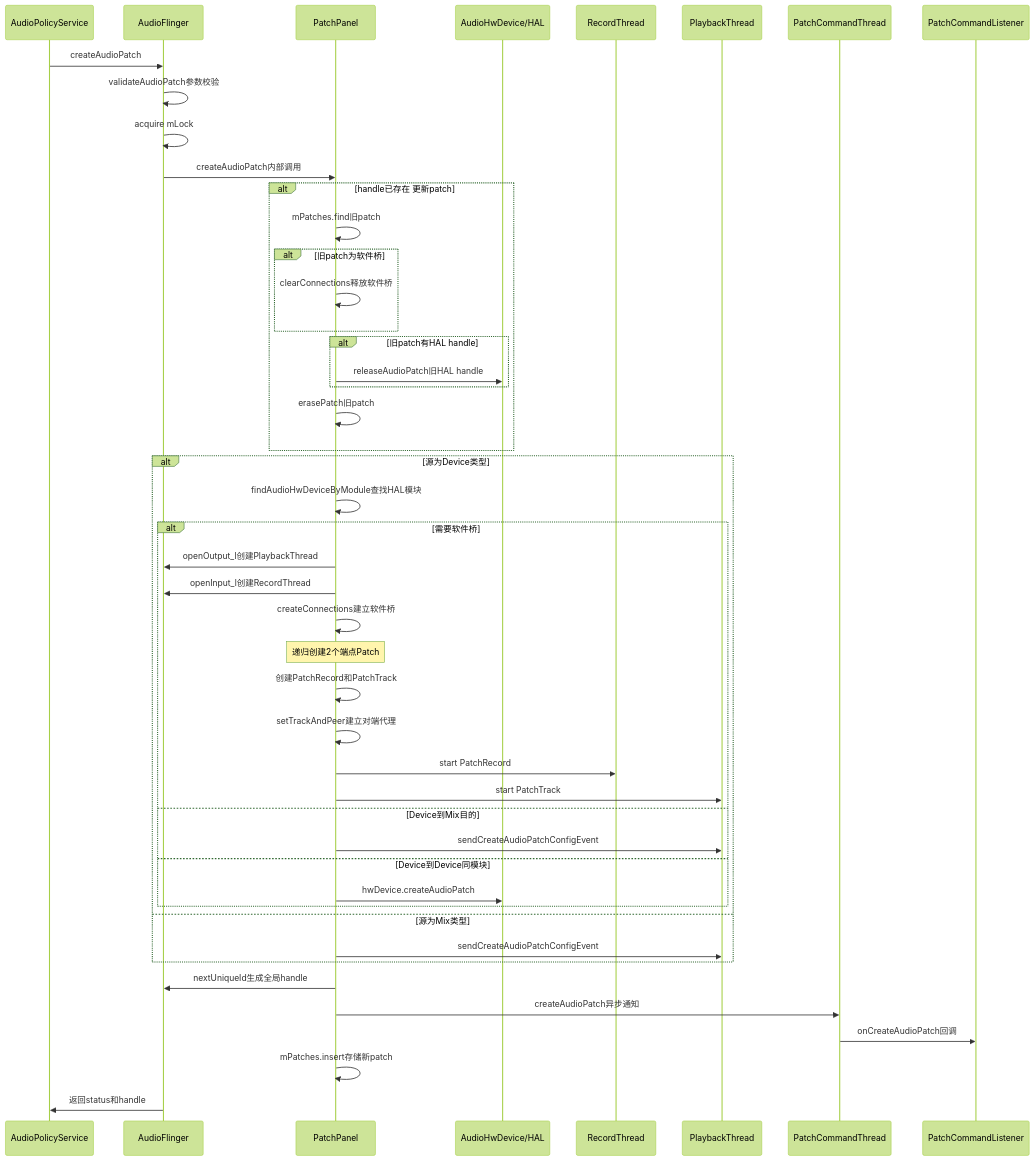
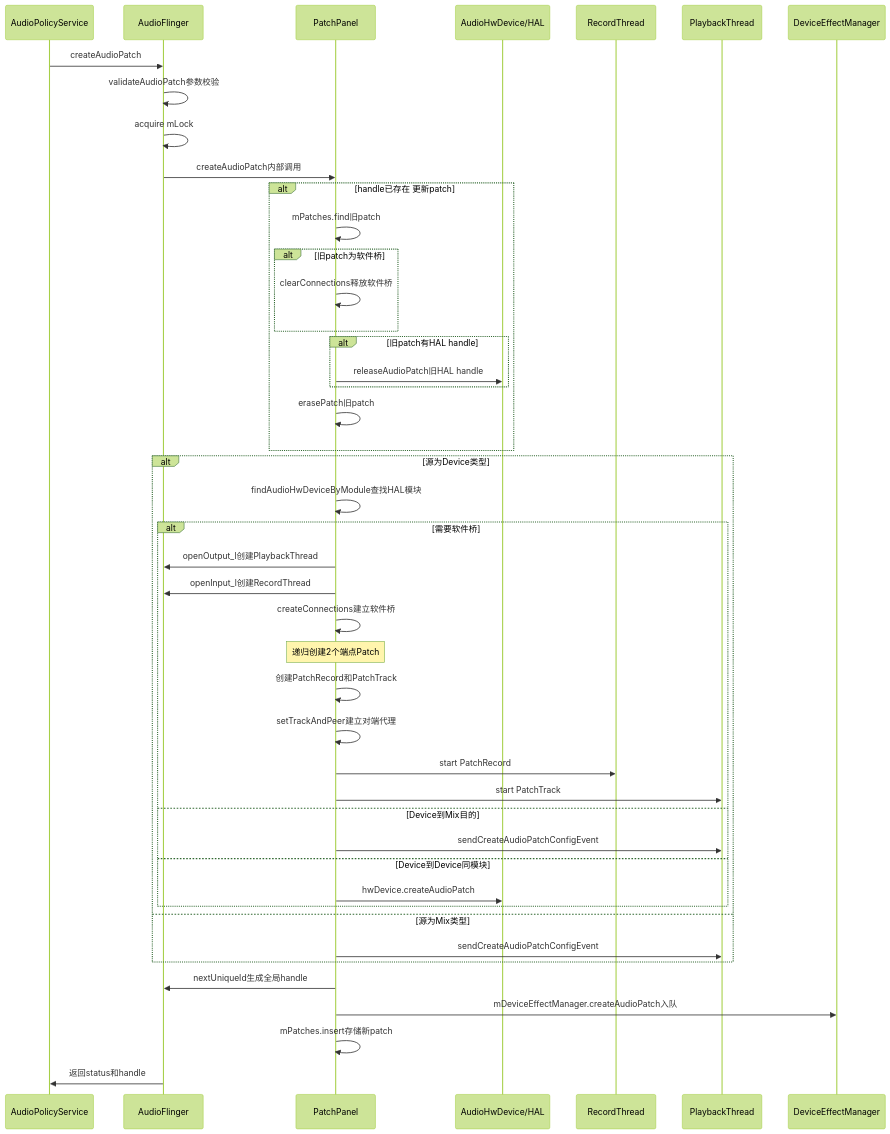
One commit to yanglinzhen1022/SA8295_AAOS_QNX_Audio_KnowledgeBase changed the third of 6 diagrams in 05_AudioFlinger/05_5.6_PatchPanel-音频路由管理.md. Above: the diagram before and after it, drawn with Mermaid (forest theme). The commit also changed other lines of this file and 12 other files, not shown here.

````diff
--- a/05_AudioFlinger/05_5.6_PatchPanel-音频路由管理.md
+++ b/05_AudioFlinger/05_5.6_PatchPanel-音频路由管理.md
@@ -316,55 +306,53 @@
 ```mermaid
 sequenceDiagram
     participant APS as AudioPolicyService
     participant AF as AudioFlinger
     participant PP as PatchPanel
     participant HW as AudioHwDevice/HAL
     participant RT as RecordThread
     participant PBT as PlaybackThread
-    participant PCT as PatchCommandThread
-    participant LST as PatchCommandListener
+    participant DEM as DeviceEffectManager
 
     APS->>AF: createAudioPatch
     AF->>AF: validateAudioPatch参数校验
     AF->>AF: acquire mLock
     AF->>PP: createAudioPatch内部调用
 
     alt handle已存在 更新patch
         PP->>PP: mPatches.find旧patch
         alt 旧patch为软件桥
             PP->>PP: clearConnections释放软件桥
         end
         alt 旧patch有HAL handle
             PP->>HW: releaseAudioPatch旧HAL handle
         end
         PP->>PP: erasePatch旧patch
     end
 
     alt 源为Device类型
         PP->>PP: findAudioHwDeviceByModule查找HAL模块
 
         alt 需要软件桥
             PP->>AF: openOutput_l创建PlaybackThread
             PP->>AF: openInput_l创建RecordThread
             PP->>PP: createConnections建立软件桥
             Note over PP: 递归创建2个端点Patch
             PP->>PP: 创建PatchRecord和PatchTrack
             PP->>PP: setTrackAndPeer建立对端代理
             PP->>RT: start PatchRecord
             PP->>PBT: start PatchTrack
         else Device到Mix目的
             PP->>PBT: sendCreateAudioPatchConfigEvent
         else Device到Device同模块
             PP->>HW: hwDevice.createAudioPatch
         end
 
     else 源为Mix类型
         PP->>PBT: sendCreateAudioPatchConfigEvent
     end
 
     PP->>AF: nextUniqueId生成全局handle
-    PP->>PCT: createAudioPatch异步通知
-    PCT->>LST: onCreateAudioPatch回调
+    PP->>DEM: mDeviceEffectManager.createAudioPatch入队
     PP->>PP: mPatches.insert存储新patch
     AF->>APS: 返回status和handle
 ```
````
